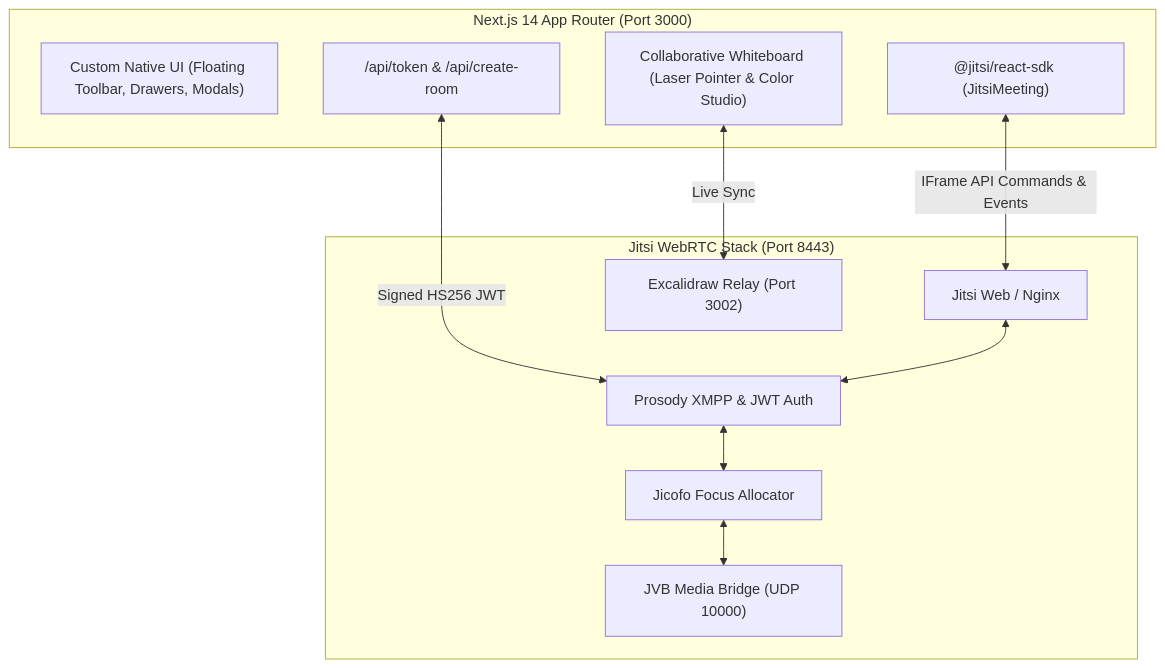
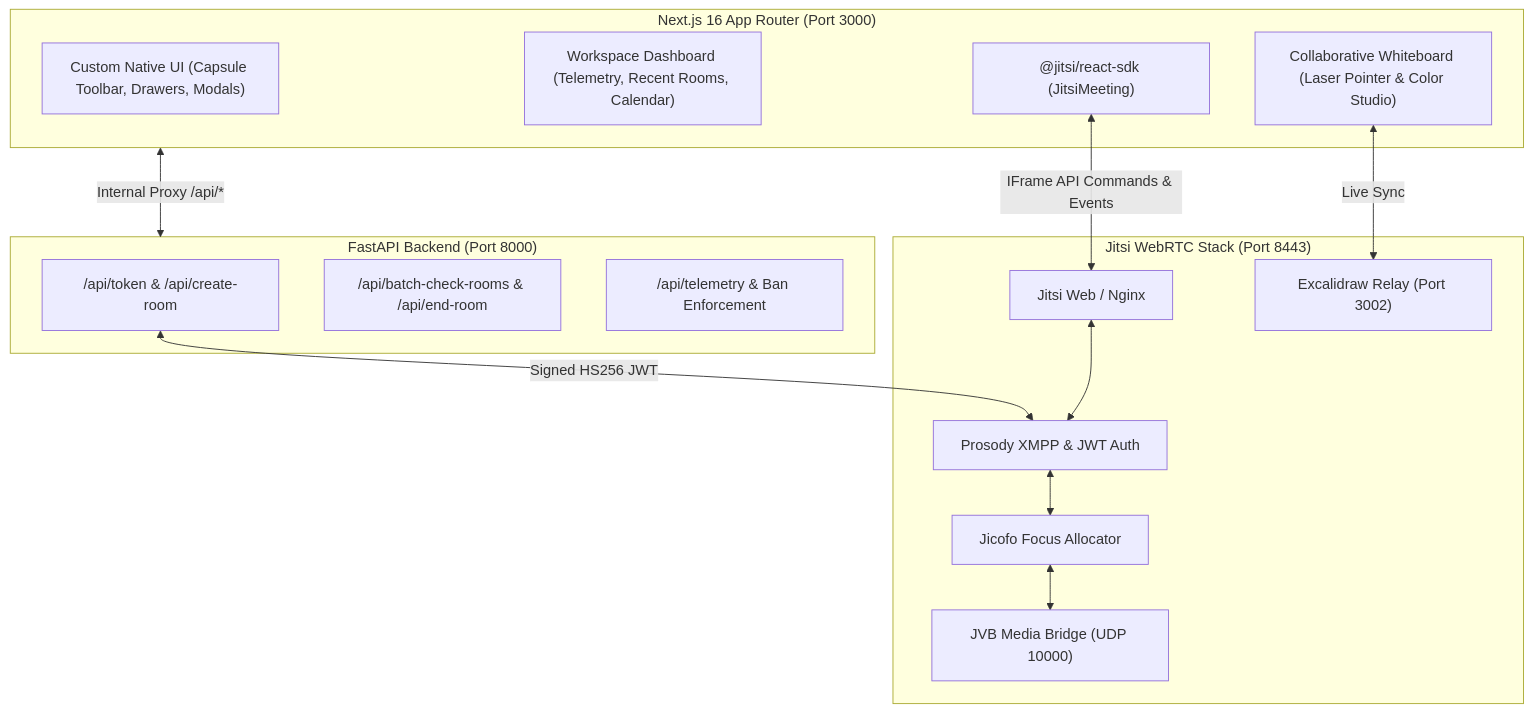
The diagram in 08-nextjs-integration-and-customization.md (PorKeat/jitsi-docs), drawn with Mermaid before and after one commit. The commit also changed other lines of this file and 4 other files, not shown here.

Commit message:
docs: update jitsi-docs suite with Next.js 16, FastAPI backend architecture, AES-256-GCM encryption, live telemetry, and recent room lifecycle

````diff
--- a/08-nextjs-integration-and-customization.md
+++ b/08-nextjs-integration-and-customization.md
@@ -11,24 +11,31 @@
 ```mermaid
 flowchart TD
-    subgraph Frontend["Next.js 14 App Router (Port 3000)"]
-        UI["Custom Native UI (Floating Toolbar, Drawers, Modals)"]
+    subgraph Frontend["Next.js 16 App Router (Port 3000)"]
+        UI["Custom Native UI (Capsule Toolbar, Drawers, Modals)"]
+        Dashboard["Workspace Dashboard (Telemetry, Recent Rooms, Calendar)"]
         WB["Collaborative Whiteboard (Laser Pointer & Color Studio)"]
         SDK["@jitsi/react-sdk (JitsiMeeting)"]
-        TokenAPI["/api/token & /api/create-room"]
     end
 
-    subgraph Backend["Jitsi WebRTC Stack (Port 8443)"]
+    subgraph BackendAPI["FastAPI Backend (Port 8000)"]
+        TokenAPI["/api/token & /api/create-room"]
+        RoomState["/api/batch-check-rooms & /api/end-room"]
+        Telemetry["/api/telemetry & Ban Enforcement"]
+    end
+
+    subgraph JitsiStack["Jitsi WebRTC Stack (Port 8443)"]
         Web["Jitsi Web / Nginx"]
         Prosody["Prosody XMPP & JWT Auth"]
         Jicofo["Jicofo Focus Allocator"]
         JVB["JVB Media Bridge (UDP 10000)"]
         Excalidraw["Excalidraw Relay (Port 3002)"]
     end
 
+    Frontend <-->|Internal Proxy /api/*| BackendAPI
     SDK <-->|IFrame API Commands & Events| Web
     TokenAPI <-->|Signed HS256 JWT| Prosody
     Web <--> Prosody
     Prosody <--> Jicofo
     Jicofo <--> JVB
     WB <-->|Live Sync| Excalidraw
 ```
````
